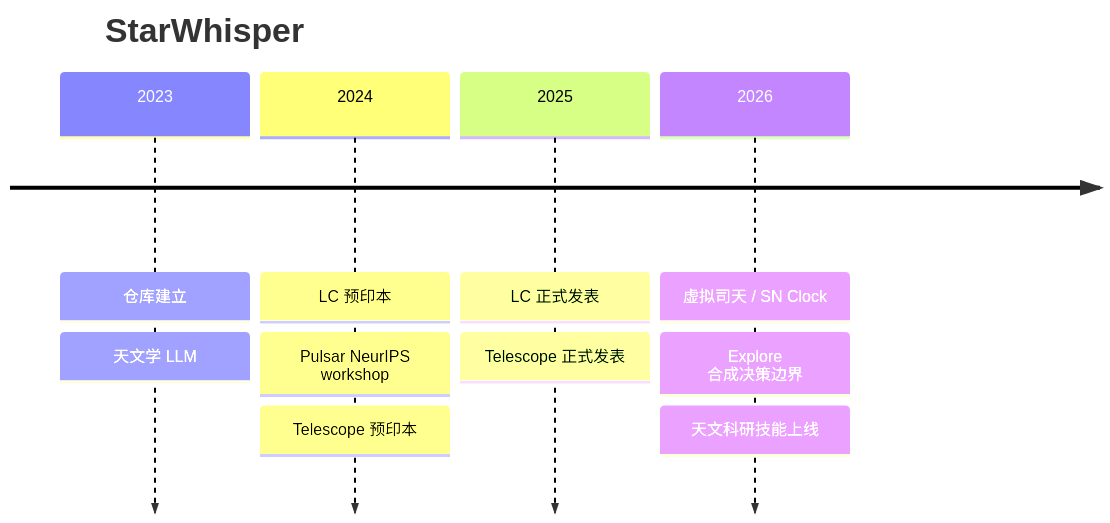
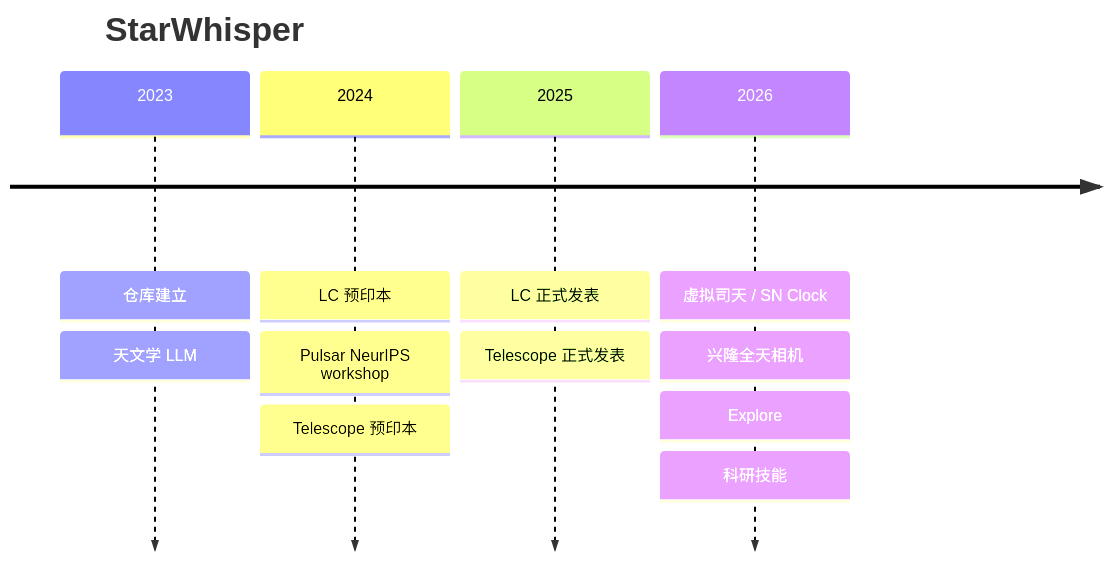
Before and after one commit to Yu-Yang-Li/StarWhisper: the diagram in README.md, drawn with Mermaid. The commit also changed other lines of this file and 1 other file, not shown here.

First line of the commit message:
docs(readme): map other Yu-Yang-Li astronomy repos onto the timeline

````diff
--- a/README.md
+++ b/README.md
@@ -32,8 +46,8 @@
 ```mermaid
 timeline
     title StarWhisper
     2023 : 仓库建立 : 天文学 LLM
     2024 : LC 预印本 : Pulsar NeurIPS workshop : Telescope 预印本
     2025 : LC 正式发表 : Telescope 正式发表
-    2026 : 虚拟司天 / SN Clock : Explore 合成决策边界 : 天文科研技能上线
+    2026 : 虚拟司天 / SN Clock : 兴隆全天相机 : Explore : 科研技能
 ```
````
